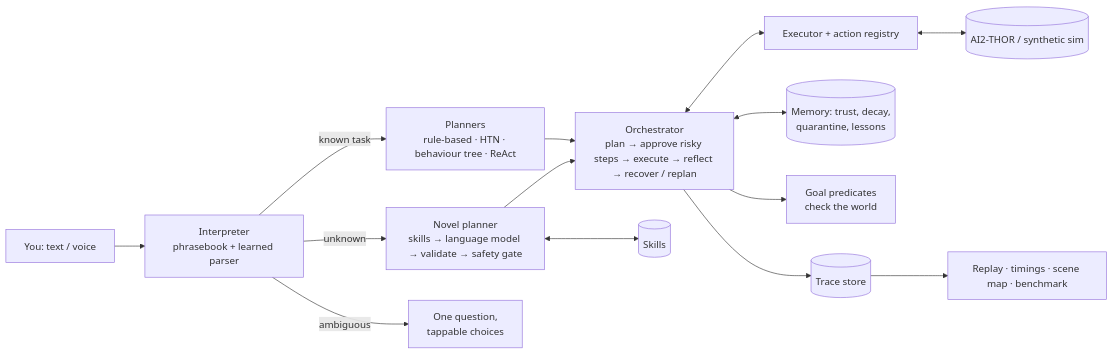
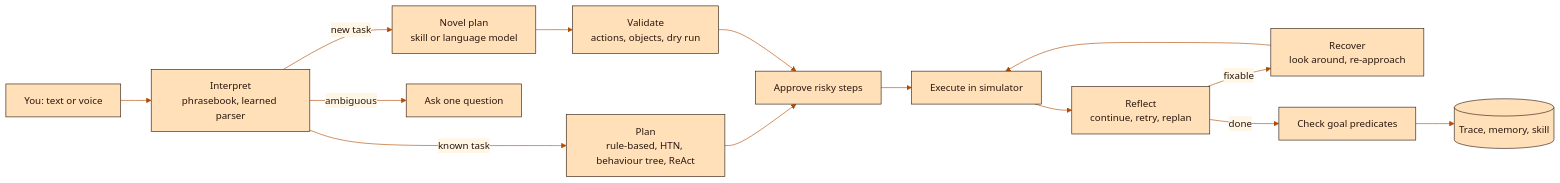
Before and after one commit to NaishaShetty/MILO: the diagram in .github/README.md, drawn with Mermaid. The commit also changed other lines of this file and 3 other files, not shown here.

````diff
--- a/.github/README.md
+++ b/.github/README.md
@@ -37,13 +48,17 @@
 ```mermaid
+%%{init: {'theme': 'base', 'themeVariables': {'primaryColor': '#FFE0B8', 'primaryTextColor': '#2A1810', 'primaryBorderColor': '#2A1810', 'lineColor': '#B34A00', 'secondaryColor': '#FFE9A8', 'tertiaryColor': '#FFF6E5', 'edgeLabelBackground': '#FFF6E5', 'fontFamily': 'Nunito, sans-serif'}}}%%
 flowchart LR
-  U[You: text / voice] --> I[Interpreter<br/>phrasebook + learned parser]
-  I -->|known task| P[Planners<br/>rule-based · HTN · behaviour tree · ReAct]
-  I -->|unknown| N[Novel planner<br/>skills → language model → validate → safety gate]
-  I -->|ambiguous| Q[One question,<br/>tappable choices]
-  P & N --> O[Orchestrator<br/>plan → approve risky steps → execute → reflect → recover / replan]
-  O <--> E[Executor + action registry] <--> S[(AI2-THOR / synthetic sim)]
-  O <--> M[(Memory: trust, decay,<br/>quarantine, lessons)]
-  O --> V[Goal predicates<br/>check the world]
-  O --> T[(Trace store)] --> R[Replay · timings · scene map · benchmark]
-  N <--> K[(Skills)]
+  U[You: text or voice] --> I[Interpret<br/>phrasebook, learned parser]
+  I -->|known task| P[Plan<br/>rule-based, HTN, behaviour tree, ReAct]
+  I -->|new task| N[Novel plan<br/>skill or language model]
+  I -->|ambiguous| Q[Ask one question]
+  N --> V[Validate<br/>actions, objects, dry run]
+  P --> A
+  V --> A[Approve risky steps]
+  A --> X[Execute in simulator]
+  X --> R[Reflect<br/>continue, retry, replan]
+  R -->|fixable| F[Recover<br/>look around, re-approach]
+  F --> X
+  R -->|done| G[Check goal predicates]
+  G --> T[(Trace, memory, skill)]
 ```
````
